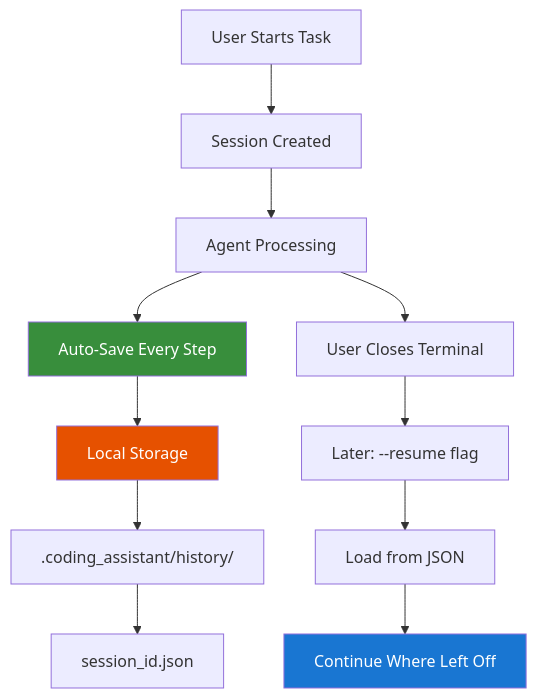
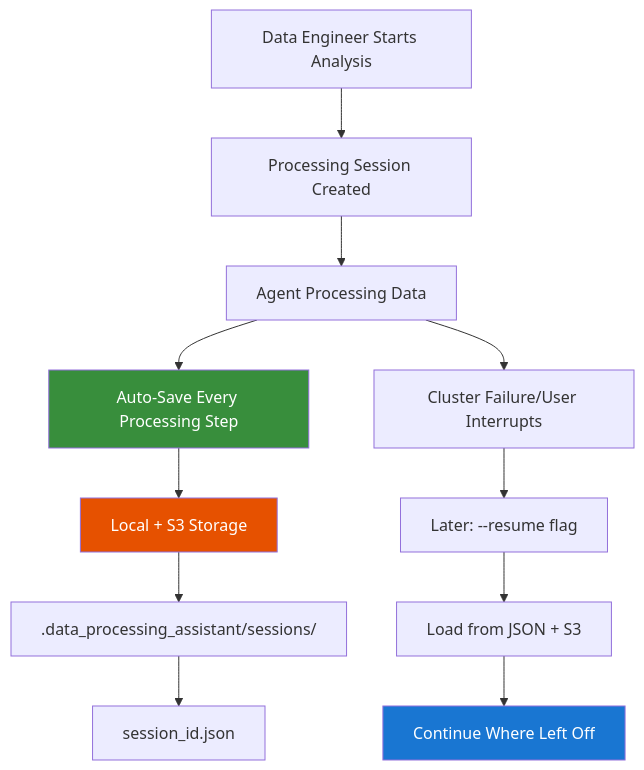
Before and after one commit to fwornle/agentic-ai-nano: the eighth of 15 diagrams in docs-content/01_frameworks/Session1_ModuleD_Coding_Assistant_Case_Study.md, drawn with Mermaid. The commit also changed other lines of this file and 18 other files, not shown here.

````diff
--- a/docs-content/01_frameworks/Session1_ModuleD_Coding_Assistant_Case_Study.md
+++ b/docs-content/01_frameworks/Session1_ModuleD_Coding_Assistant_Case_Study.md
@@ -471,19 +486,19 @@
 ```mermaid
 graph TD
-    U[User Starts Task] --> S[Session Created]
-    S --> A[Agent Processing]
-    A --> SAVE[Auto-Save Every Step]
+    U[Data Engineer Starts Analysis] --> S[Processing Session Created]
+    S --> A[Agent Processing Data]
+    A --> SAVE[Auto-Save Every Processing Step]
     
-    SAVE --> STORAGE[Local Storage]
-    STORAGE --> SESSION[.coding_assistant/history/]
+    SAVE --> STORAGE[Local + S3 Storage]
+    STORAGE --> SESSION[.data_processing_assistant/sessions/]
     SESSION --> JSON[session_id.json]
     
-    A --> INTERRUPT[User Closes Terminal]
+    A --> INTERRUPT[Cluster Failure/User Interrupts]
     INTERRUPT --> RESUME[Later: --resume flag]
-    RESUME --> LOAD[Load from JSON]
+    RESUME --> LOAD[Load from JSON + S3]
     LOAD --> CONTINUE[Continue Where Left Off]
     
     style SAVE fill:#388E3C,color:#ffffff
     style STORAGE fill:#E65100,color:#ffffff
     style CONTINUE fill:#1976D2,color:#ffffff
 ```
````
